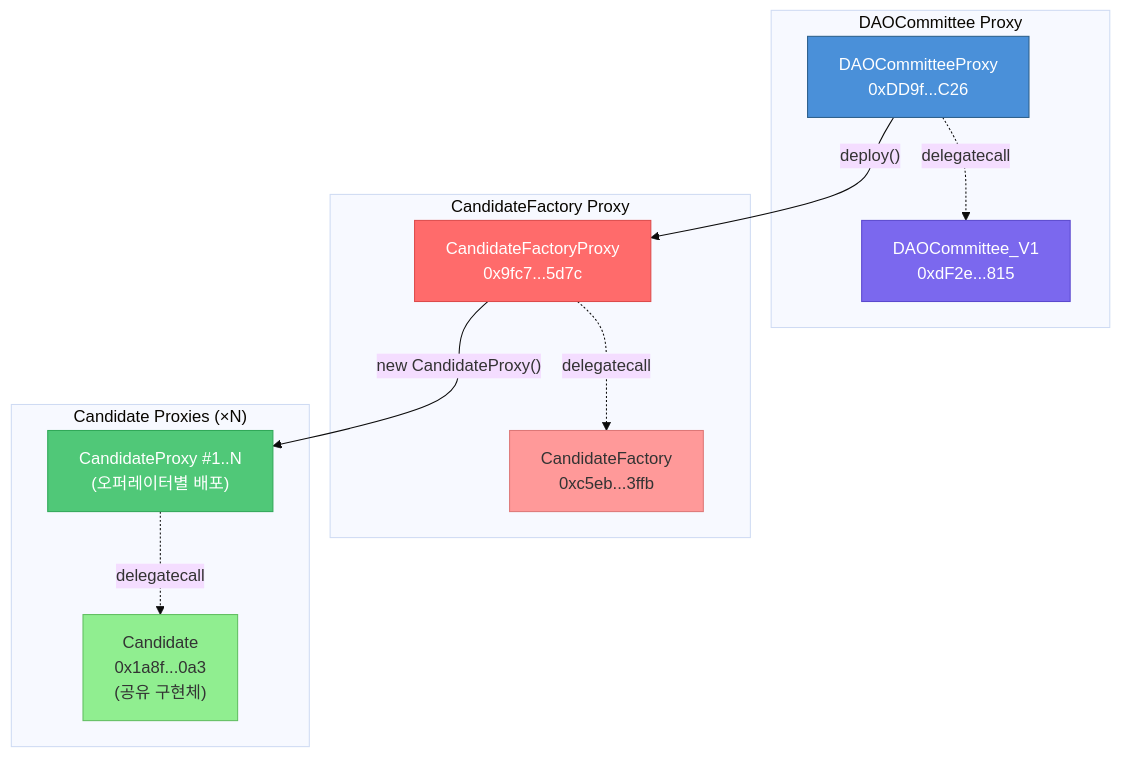
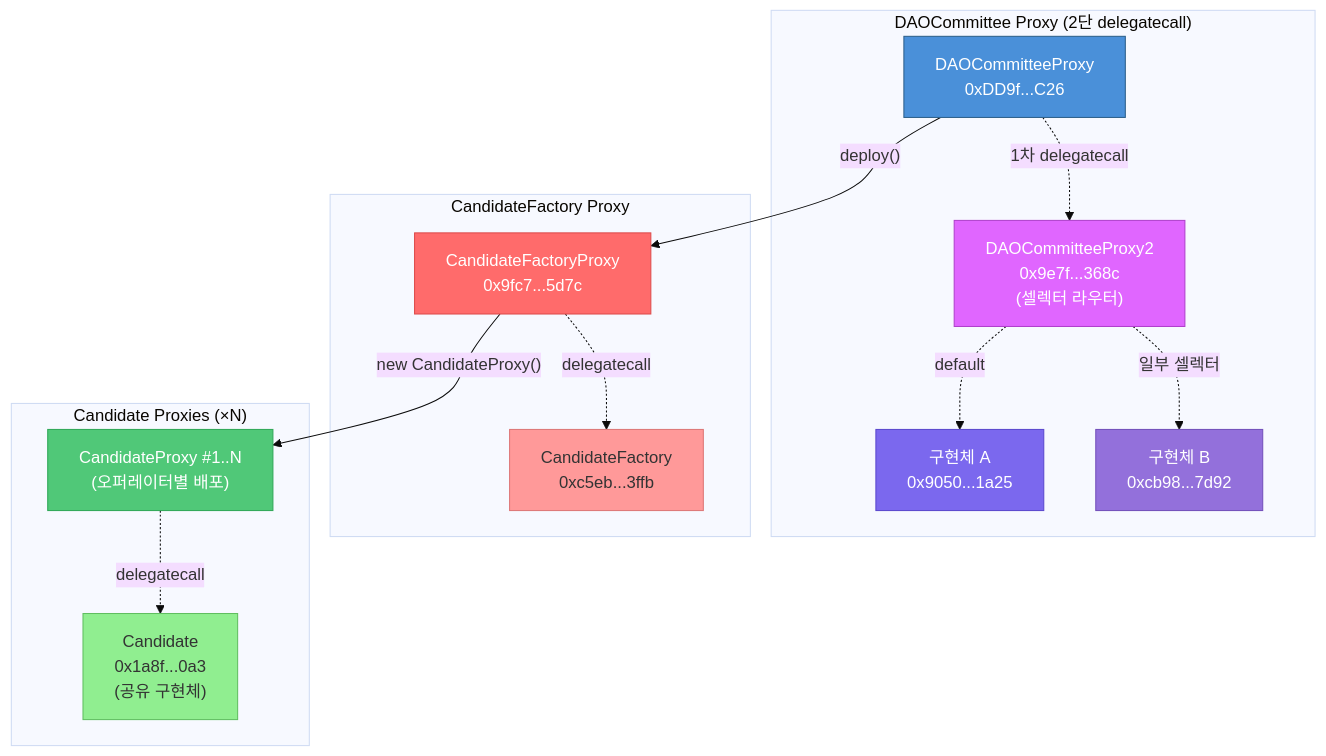
Before and after one commit to tokamak-network/tokamak-dao-v2: the fifth of 11 diagrams in docs/v1-architecture.md, drawn with Mermaid (base theme). The commit also changed other lines of this file, not shown here.

First line of the commit message:
docs: update V1 architecture with on-chain verified state

````diff
--- a/docs/v1-architecture.md
+++ b/docs/v1-architecture.md
@@ -146,30 +171,36 @@
 ```mermaid
 graph TB
-    subgraph CommitteeProxy["DAOCommittee Proxy"]
+    subgraph CommitteeProxy["DAOCommittee Proxy (2단 delegatecall)"]
         CP["DAOCommitteeProxy<br/>0xDD9f...C26"]
-        CI["DAOCommittee_V1<br/>0xdF2e...815"]
-        CP -.->|delegatecall| CI
+        CP2["DAOCommitteeProxy2<br/>0x9e7f...368c<br/>(셀렉터 라우터)"]
+        CIA["구현체 A<br/>0x9050...1a25"]
+        CIB["구현체 B<br/>0xcb98...7d92"]
+        CP -.->|"1차 delegatecall"| CP2
+        CP2 -.->|"default"| CIA
+        CP2 -.->|"일부 셀렉터"| CIB
     end
 
     subgraph FactoryProxy["CandidateFactory Proxy"]
         FP["CandidateFactoryProxy<br/>0x9fc7...5d7c"]
         FI["CandidateFactory<br/>0xc5eb...3ffb"]
         FP -.->|delegatecall| FI
     end
 
     subgraph CandidateProxies["Candidate Proxies (×N)"]
         CPN["CandidateProxy #1..N<br/>(오퍼레이터별 배포)"]
         CII["Candidate<br/>0x1a8f...0a3<br/>(공유 구현체)"]
         CPN -.->|delegatecall| CII
     end
 
     CP -->|"deploy()"| FP
     FP -->|"new CandidateProxy()"| CPN
 
     style CP fill:#4A90D9,stroke:#2C5F8A,color:#fff
+    style CP2 fill:#E066FF,stroke:#B040CC,color:#fff
     style FP fill:#FF6B6B,stroke:#DD4B4B,color:#fff
     style CPN fill:#50C878,stroke:#30A858,color:#fff
-    style CI fill:#7B68EE,stroke:#5B48CE,color:#fff
+    style CIA fill:#7B68EE,stroke:#5B48CE,color:#fff
+    style CIB fill:#9370DB,stroke:#7350BB,color:#fff
     style FI fill:#FF9999,stroke:#DD7777,color:#333
     style CII fill:#90EE90,stroke:#60BE60,color:#333
 ```
````
